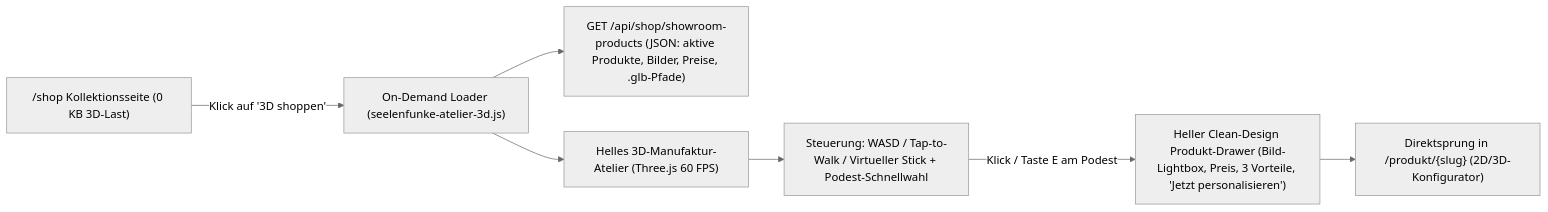
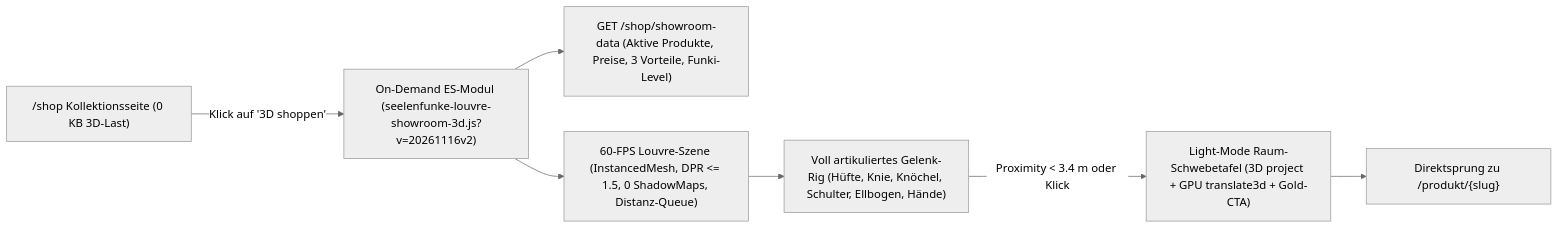
One commit to Galaxina93/seelenfunke changed the diagram in Abschlussberichte/Konzepte/Konzept_Immersiver_3D_Showroom_Shop_Kollektion.md. Above: the diagram before and after it, drawn with Mermaid (neutral theme). The commit also changed other lines of this file and 22 other files, not shown here.

Commit message:
feat(shop): center 3D shoppen button under collection hero subtitle and free full-width world tabs

````diff
--- a/Abschlussberichte/Konzepte/Konzept_Immersiver_3D_Showroom_Shop_Kollektion.md
+++ b/Abschlussberichte/Konzepte/Konzept_Immersiver_3D_Showroom_Shop_Kollektion.md
@@ -27,9 +22,9 @@
 ```mermaid
 flowchart LR
-    Shop["/shop Kollektionsseite (0 KB 3D-Last)"] -->|"Klick auf '3D shoppen'"| Loader["On-Demand Loader (seelenfunke-atelier-3d.js)"]
-    Loader --> API["GET /api/shop/showroom-products (JSON: aktive Produkte, Bilder, Preise, .glb-Pfade)"]
-    Loader --> Scene["Helles 3D-Manufaktur-Atelier (Three.js 60 FPS)"]
-    Scene --> Walk["Steuerung: WASD / Tap-to-Walk / Virtueller Stick + Podest-Schnellwahl"]
-    Walk -->|"Klick / Taste E am Podest"| Drawer["Heller Clean-Design Produkt-Drawer (Bild-Lightbox, Preis, 3 Vorteile, 'Jetzt personalisieren')"]
-    Drawer --> Config["Direktsprung in /produkt/{slug} (2D/3D-Konfigurator)"]
+    Shop["/shop Kollektionsseite (0 KB 3D-Last)"] -->|"Klick auf '3D shoppen'"| Loader["On-Demand ES-Modul (seelenfunke-louvre-showroom-3d.js?v=20261116v2)"]
+    Loader --> API["GET /shop/showroom-data (Aktive Produkte, Preise, 3 Vorteile, Funki-Level)"]
+    Loader --> Perf["60-FPS Louvre-Szene (InstancedMesh, DPR <= 1.5, 0 ShadowMaps, Distanz-Queue)"]
+    Perf --> Rig["Voll artikuliertes Gelenk-Rig (Hüfte, Knie, Knöchel, Schulter, Ellbogen, Hände)"]
+    Rig -->|"Proximity < 3.4 m oder Klick"| Card["Light-Mode Raum-Schwebetafel (3D project + GPU translate3d + Gold-CTA)"]
+    Card --> Config["Direktsprung zu /produkt/{slug}"]
 ```
````
